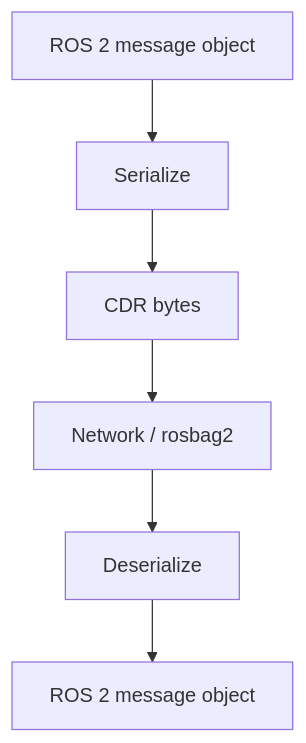
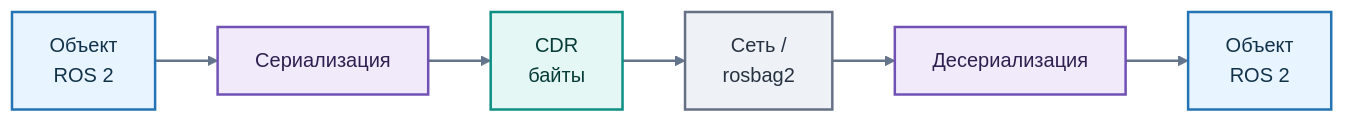
One commit to BosenkoTM/Big-data-processing-methods changed the sixth of 13 diagrams in 2026/lectures/lecture_03_robotics_iot_big_data.md. Above: the diagram before and after it, drawn with Mermaid. The commit also changed other lines of this file, not shown here.

````diff
--- a/2026/lectures/lecture_03_robotics_iot_big_data.md
+++ b/2026/lectures/lecture_03_robotics_iot_big_data.md
@@ -366,8 +426,20 @@
 ```mermaid
-flowchart TD
-    OBJ1["ROS 2 message object"] --> SER["Serialize"]
-    SER --> CDR["CDR bytes"]
-    CDR --> IO["Network / rosbag2"]
-    IO --> DES["Deserialize"]
-    DES --> OBJ2["ROS 2 message object"]
+flowchart LR
+    OBJ1["Объект<br/>ROS 2"] --> SER["Сериализация"]
+    SER --> CDR["CDR<br/>байты"]
+    CDR --> IO["Сеть /<br/>rosbag2"]
+    IO --> DES["Десериализация"]
+    DES --> OBJ2["Объект<br/>ROS 2"]
+
+    classDef object fill:#E8F4FF,stroke:#2474B5,color:#12324A,stroke-width:2px
+    classDef process fill:#F0EAFB,stroke:#7251B5,color:#2F1F4F,stroke-width:2px
+    classDef bytes fill:#E5F7F5,stroke:#0E8F83,color:#073B37,stroke-width:2px
+    classDef io fill:#EEF2F7,stroke:#667085,color:#273240,stroke-width:2px
+
+    class OBJ1,OBJ2 object
+    class SER,DES process
+    class CDR bytes
+    class IO io
+
+    linkStyle default stroke:#64748B,stroke-width:2px
 ```
````
